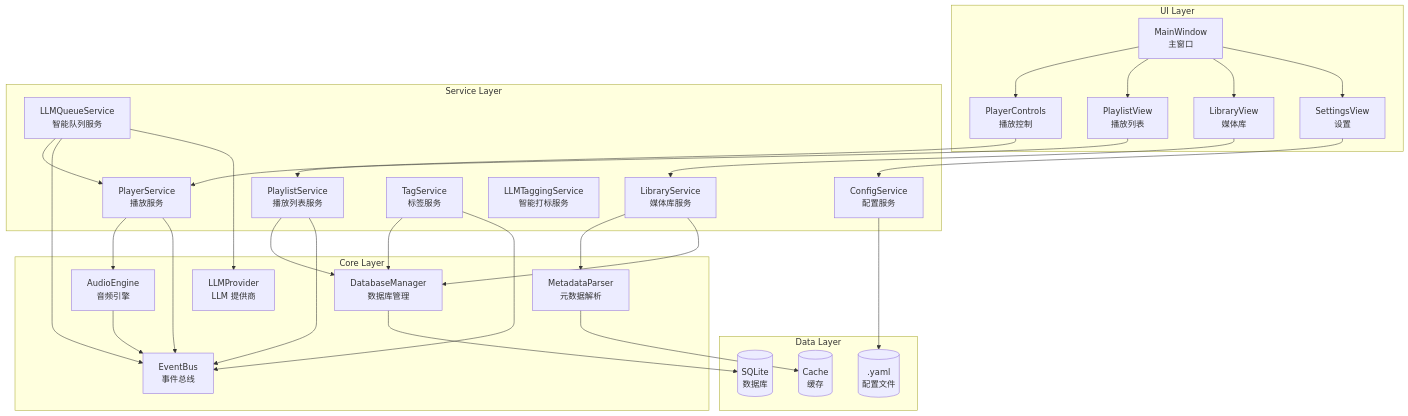
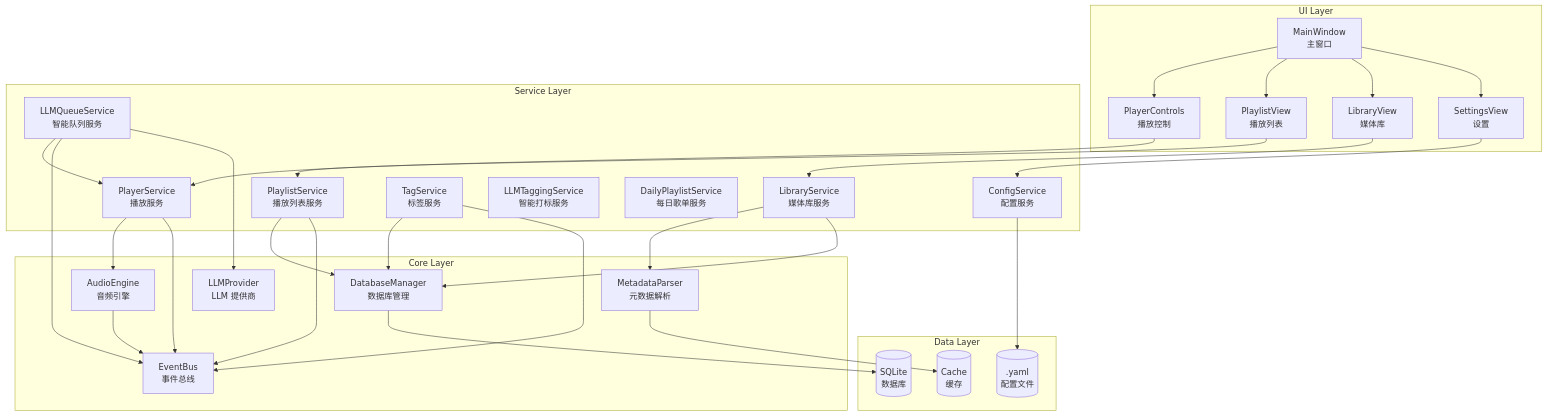
One commit to hangnum/music changed the first of 5 diagrams in docs/architecture.md. Above: the diagram before and after it, drawn with Mermaid. The commit also changed other lines of this file and 7 other files, not shown here.

Commit message:
feat: implement daily playlist generation based on tags

````diff
--- a/docs/architecture.md
+++ b/docs/architecture.md
@@ -33,51 +33,52 @@
 ```mermaid
 graph TB
     subgraph UI Layer
         MW[MainWindow<br/>主窗口]
         PC[PlayerControls<br/>播放控制]
         PL[PlaylistView<br/>播放列表]
         LB[LibraryView<br/>媒体库]
         ST[SettingsView<br/>设置]
     end
     
     subgraph Service Layer
         PS[PlayerService<br/>播放服务]
         PLS[PlaylistService<br/>播放列表服务]
         LBS[LibraryService<br/>媒体库服务]
         CS[ConfigService<br/>配置服务]
         TS[TagService<br/>标签服务]
         LLM[LLMQueueService<br/>智能队列服务]
         LTS[LLMTaggingService<br/>智能打标服务]
+        DPS[DailyPlaylistService<br/>每日歌单服务]
     end
     
     subgraph Core Layer
         AE[AudioEngine<br/>音频引擎]
         MD[MetadataParser<br/>元数据解析]
         DB[DatabaseManager<br/>数据库管理]
         EM[EventBus<br/>事件总线]
         LP[LLMProvider<br/>LLM 提供商]
     end
     
     subgraph Data Layer
         SQL[(SQLite<br/>数据库)]
         CFG[(.yaml<br/>配置文件)]
         CACHE[(Cache<br/>缓存)]
     end
     
     MW --> PC & PL & LB & ST
     PC --> PS
     PL --> PLS
     LB --> LBS
     ST --> CS
     
     PS --> AE & EM
     PLS --> DB & EM
     LBS --> MD & DB
     TS --> DB & EM
     LLM --> PS & EM & LP
     CS --> CFG
     
     AE --> EM
     MD --> CACHE
     DB --> SQL
 ```
````
